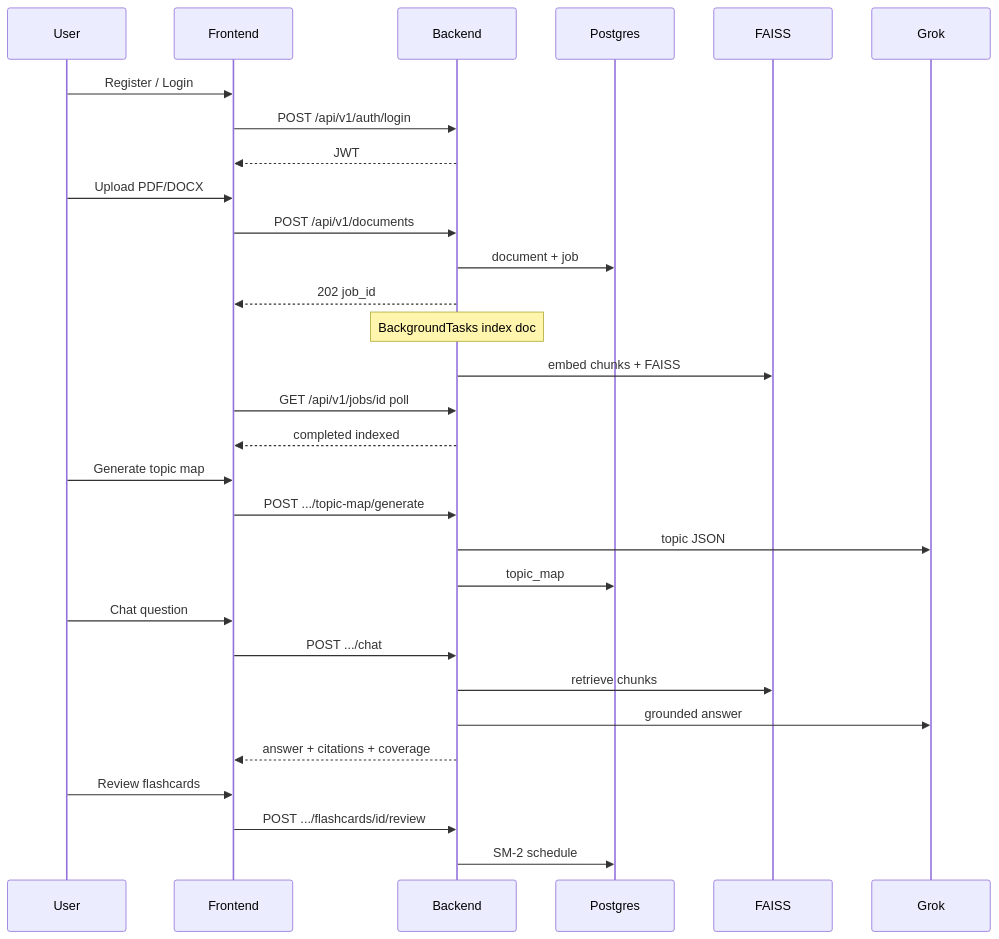
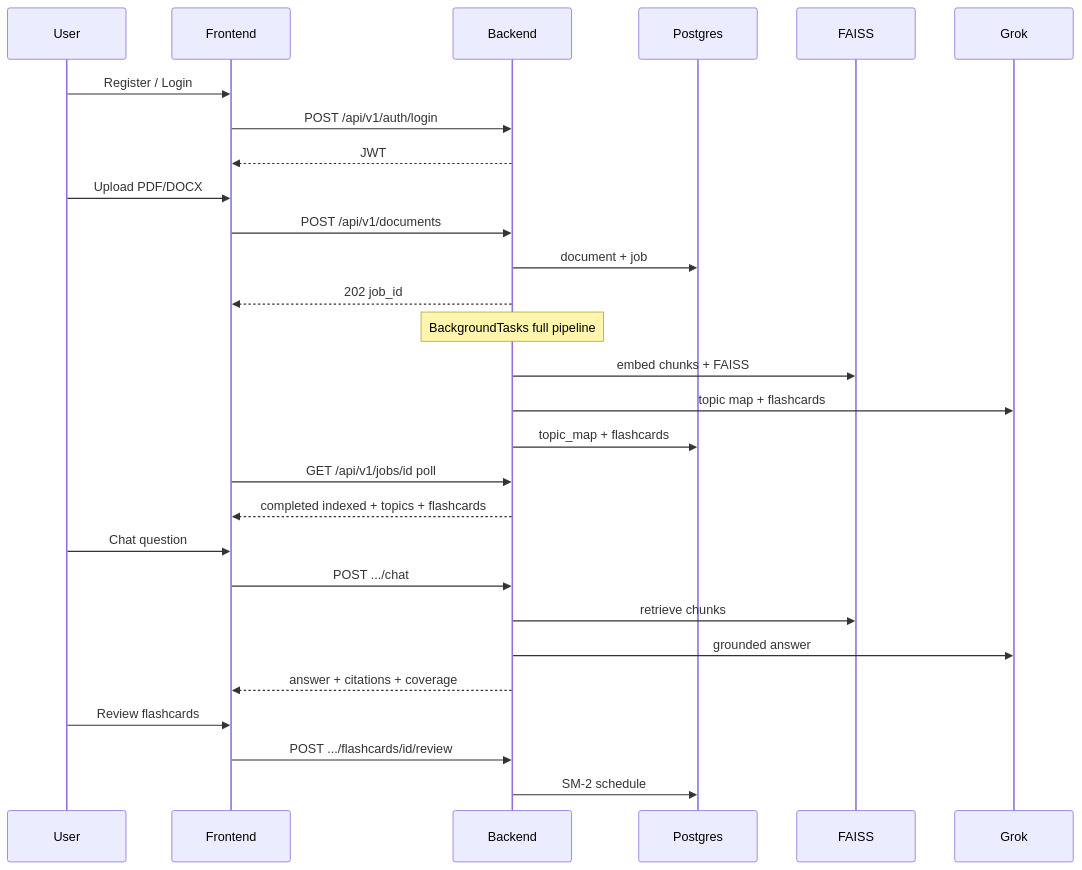
The second of 2 diagrams in GETTING_STARTED.md (ahannan08/study_rag), drawn with Mermaid before and after one commit. The commit also changed other lines of this file and 12 other files, not shown here.

````diff
--- a/GETTING_STARTED.md
+++ b/GETTING_STARTED.md
@@ -141,37 +141,34 @@
 ```mermaid
 sequenceDiagram
   participant U as User
   participant FE as Frontend
   participant API as Backend
   participant DB as Postgres
   participant F as FAISS
   participant G as Grok
 
   U->>FE: Register / Login
   FE->>API: POST /api/v1/auth/login
   API-->>FE: JWT
 
   U->>FE: Upload PDF/DOCX
   FE->>API: POST /api/v1/documents
   API->>DB: document + job
   API-->>FE: 202 job_id
-  Note over API: BackgroundTasks index doc
+  Note over API: BackgroundTasks full pipeline
   API->>F: embed chunks + FAISS
+  API->>G: topic map + flashcards
+  API->>DB: topic_map + flashcards
   FE->>API: GET /api/v1/jobs/id poll
-  API-->>FE: completed indexed
-
-  U->>FE: Generate topic map
-  FE->>API: POST .../topic-map/generate
-  API->>G: topic JSON
-  API->>DB: topic_map
+  API-->>FE: completed indexed + topics + flashcards
 
   U->>FE: Chat question
   FE->>API: POST .../chat
   API->>F: retrieve chunks
   API->>G: grounded answer
   API-->>FE: answer + citations + coverage
 
   U->>FE: Review flashcards
   FE->>API: POST .../flashcards/id/review
   API->>DB: SM-2 schedule
 ```
````
